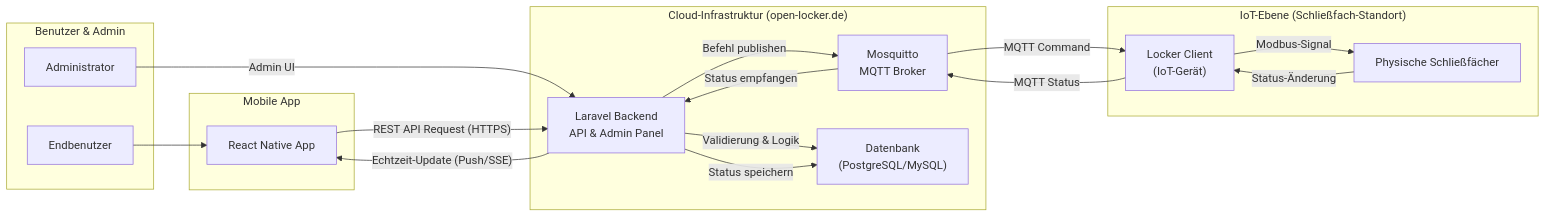
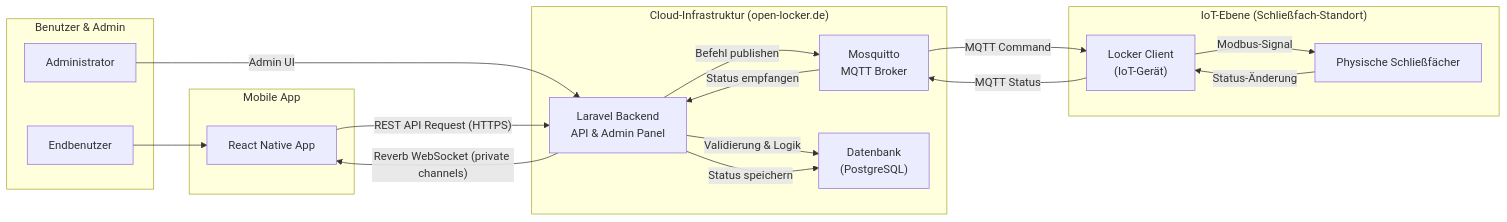
The diagram in docs/mqtt_architecture.md (Open-Locker/Open-Locker), drawn with Mermaid before and after one commit. The commit also changed other lines of this file and 37 other files, not shown here.

First line of the commit message:
docs: align documentation with beta architecture

````diff
--- a/docs/mqtt_architecture.md
+++ b/docs/mqtt_architecture.md
@@ -5,40 +6,40 @@
 ```mermaid
 graph LR
     subgraph "Benutzer & Admin"
         User["Endbenutzer"]
         Admin["Administrator"]
     end
 
     subgraph "Mobile App"
         MobileApp["React Native App"]
     end
 
     subgraph "Cloud-Infrastruktur (open-locker.de)"
         LaravelBackend["Laravel Backend<br/>API & Admin Panel"]
         Mosquitto["Mosquitto<br/>MQTT Broker"]
-        Database["Datenbank<br/>(PostgreSQL/MySQL)"]
+        Database["Datenbank<br/>(PostgreSQL)"]
     end
 
     subgraph "IoT-Ebene (Schließfach-Standort)"
         LockerClient["Locker Client<br/>(IoT-Gerät)"]
         PhysicalLockers["Physische Schließfächer"]
     end
 
     %% User Flows
     User --> MobileApp
     Admin -- "Admin UI" --> LaravelBackend
 
     %% API Flow (Command)
     MobileApp -- "REST API Request (HTTPS)" --> LaravelBackend
     LaravelBackend -- "Validierung & Logik" --> Database
     LaravelBackend -- "Befehl publishen" --> Mosquitto
     Mosquitto -- "MQTT Command" --> LockerClient
     LockerClient -- "Modbus-Signal" --> PhysicalLockers
 
     %% Status Flow (Feedback)
     PhysicalLockers -- "Status-Änderung" --> LockerClient
     LockerClient -- "MQTT Status" --> Mosquitto
     Mosquitto -- "Status empfangen" --> LaravelBackend
     LaravelBackend -- "Status speichern" --> Database
-    LaravelBackend -- "Echtzeit-Update (Push/SSE)" --> MobileApp
+    LaravelBackend -- "Reverb WebSocket (private channels)" --> MobileApp
 ```
````
